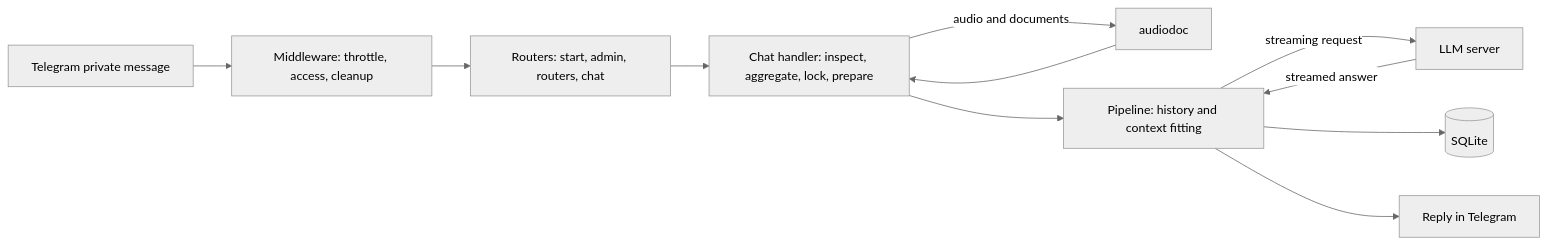
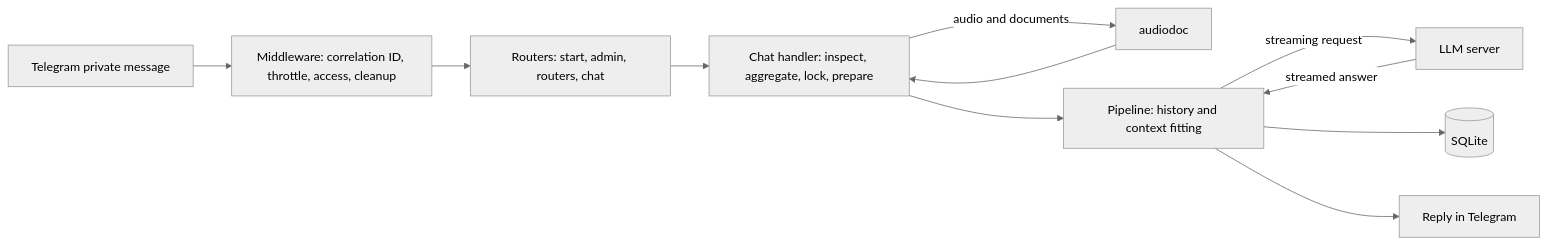
The diagram in docs/architecture.md (WhlteAdmln/bot-obormot), drawn with Mermaid (neutral theme) before and after one commit. The commit also changed other lines of this file and 2 other files, not shown here.

First line of the commit message:
Describe the architecture as the code works

````diff
--- a/docs/architecture.md
+++ b/docs/architecture.md
@@ -9,13 +9,13 @@
 ```mermaid
 flowchart LR
-    T[Telegram private message] --> M[Middleware: throttle, access, cleanup]
+    T[Telegram private message] --> M[Middleware: correlation ID, throttle, access, cleanup]
     M --> R[Routers: start, admin, routers, chat]
     R --> C[Chat handler: inspect, aggregate, lock, prepare]
     C -->|audio and documents| A[audiodoc]
     A --> C
     C --> P[Pipeline: history and context fitting]
     P -->|streaming request| L[LLM server]
     L -->|streamed answer| P
     P --> D[(SQLite)]
     P --> O[Reply in Telegram]
 ```
````
